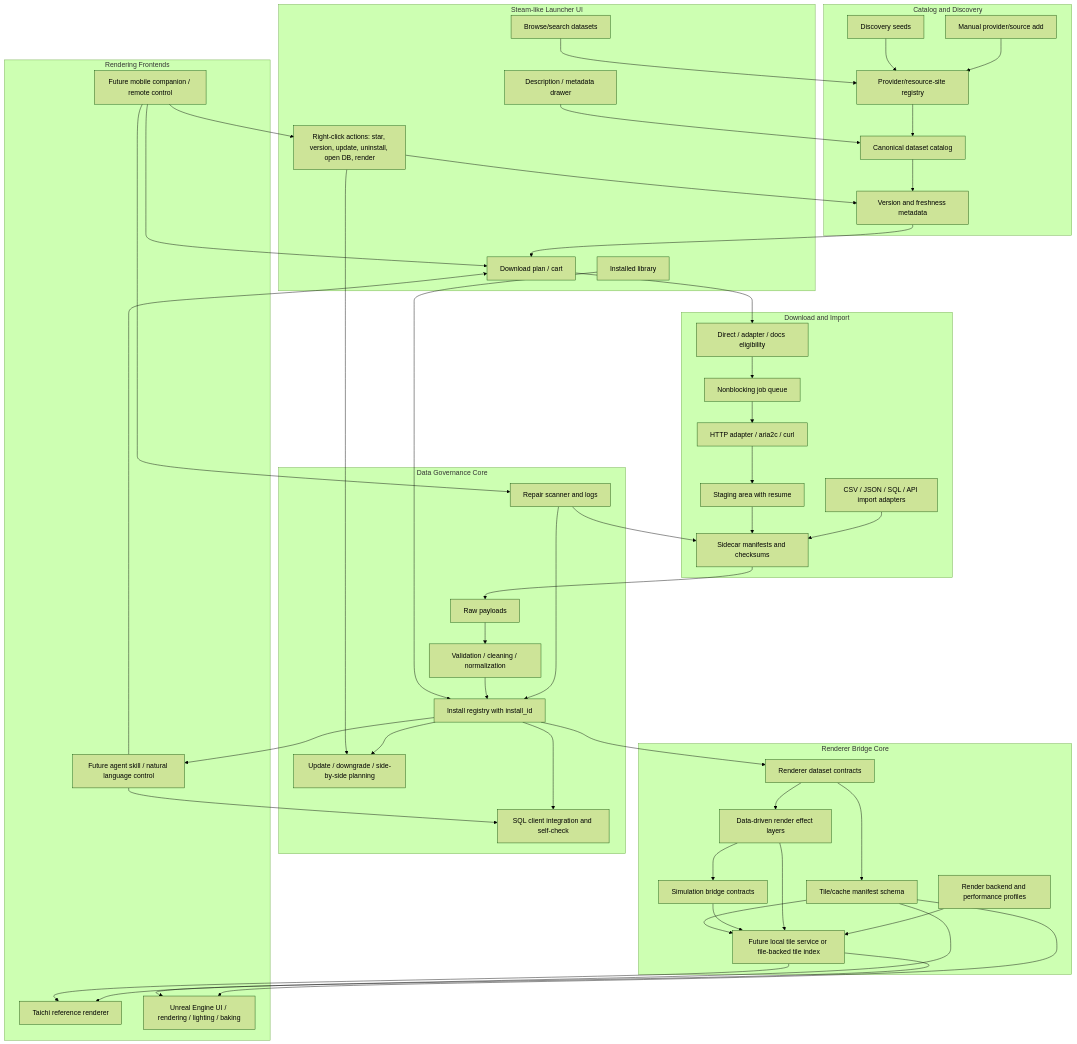
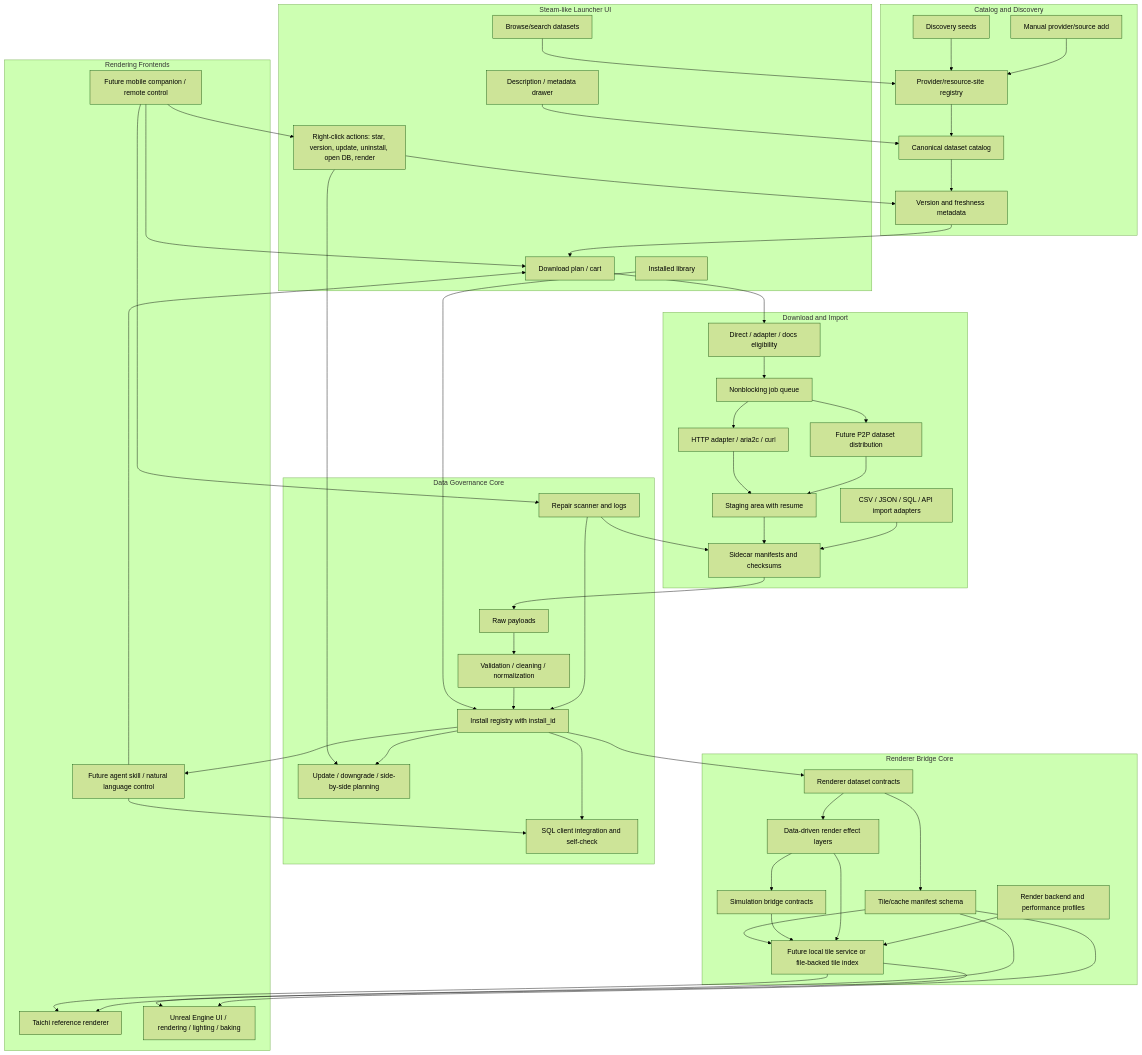
Before and after one commit to YanAnnLu/APIkeys_collection: the diagram in docs/ARCHITECTURE.md, drawn with Mermaid (forest theme). The commit also changed other lines of this file and 5 other files, not shown here.

```diff
--- a/docs/ARCHITECTURE.md
+++ b/docs/ARCHITECTURE.md
@@ -37,6 +37,7 @@
         Eligibility[Direct / adapter / docs eligibility]
         Queue[Nonblocking job queue]
         Transfer[HTTP adapter / aria2c / curl]
+        P2P[Future P2P dataset distribution]
         Staging[Staging area with resume]
         Manifests[Sidecar manifests and checksums]
         Imports[CSV / JSON / SQL / API import adapters]
@@ -82,7 +83,9 @@
 
     Eligibility --> Queue
     Queue --> Transfer
+    Queue --> P2P
     Transfer --> Staging
+    P2P --> Staging
     Staging --> Manifests
     Imports --> Manifests
     Manifests --> Raw
```
